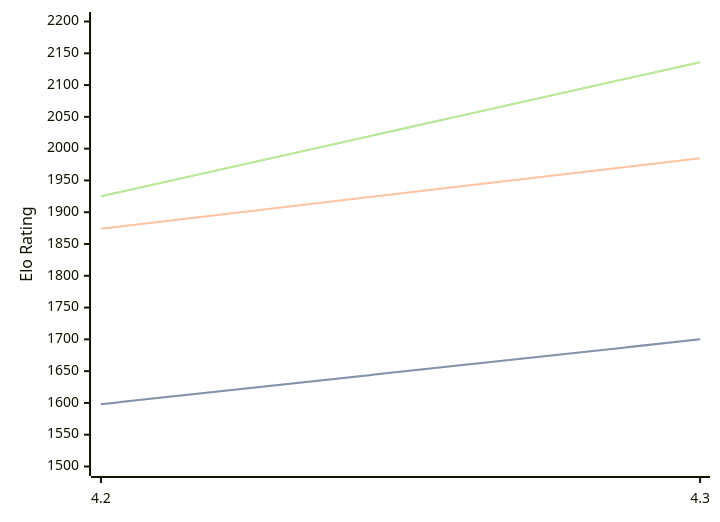
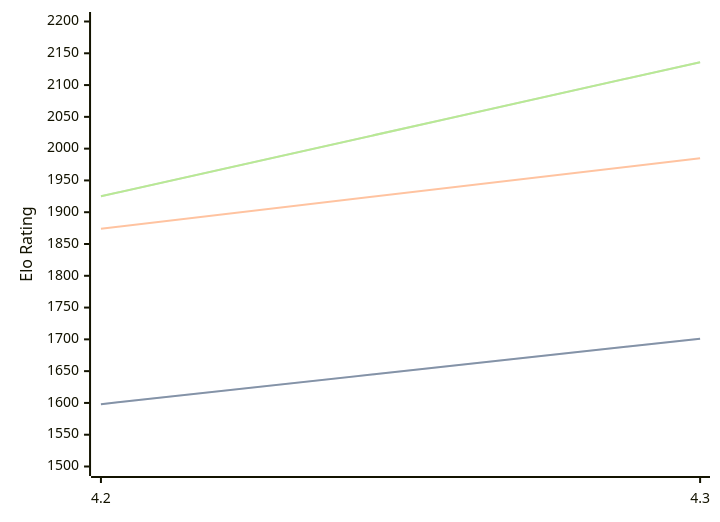
One commit to computer-chess-index/cci changed the diagram in engines/Radiance.md. Above: the diagram before and after it, drawn with Mermaid. The commit also changed other lines of this file, not shown here.

Commit message:
Update CCI Ratings (ELO VLTC) - 2026-04-20

````diff
--- a/engines/Radiance.md
+++ b/engines/Radiance.md
@@ -35,11 +35,11 @@
 ```mermaid
 %%{init: {"theme":"base","themeVariables":{"seriesColors:['#a3a3a3','#222221','#faa371']}}}%%
 xychart-beta
   x-axis ["4.2", "4.3"]
   y-axis "Elo Rating" 1500 --> 2200
-  line "STC (8.0+0.08s)" [1598, 1700]
-  line "STC (8.0+0.08s)" [1598, 1700]
+  line "STC (8.0+0.08s)" [1598, 1701]
+  line "STC (8.0+0.08s)" [1598, 1701]
   line "LTC (60.0+0.60s)" [1874, 1985]
   line "VLTC (2m24s+1.12s)" [1925, 2136]
   line "VLTC (2m24s+1.12s)" [1925, 2136]
 ```
````
